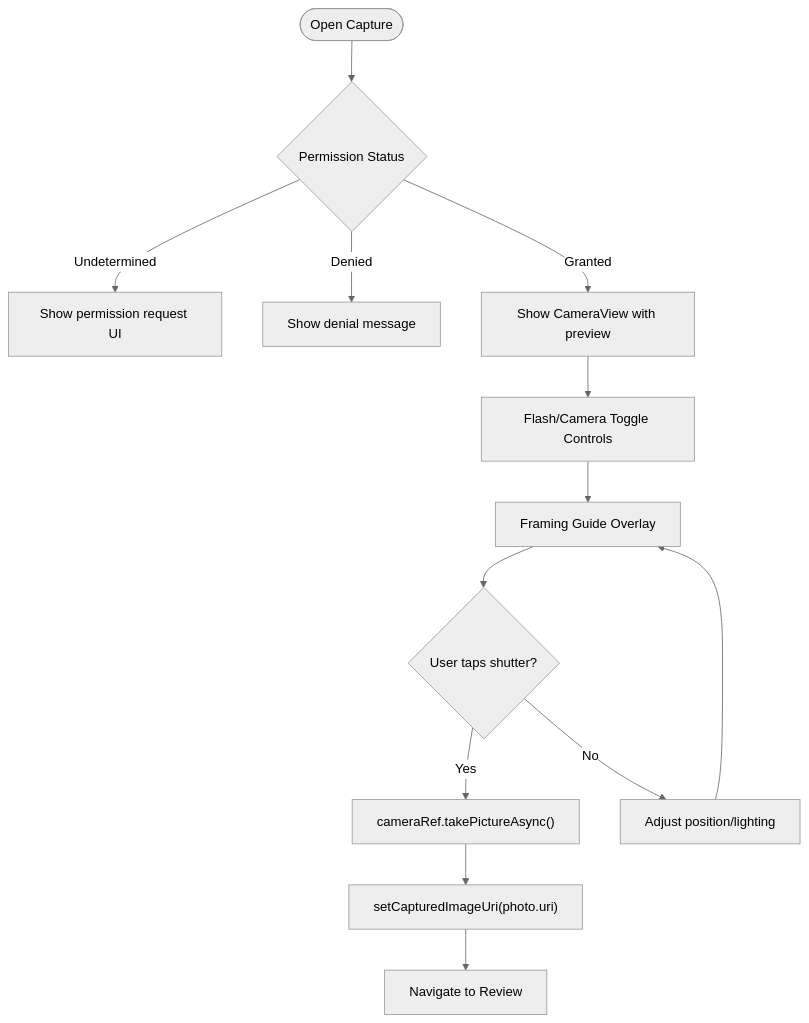
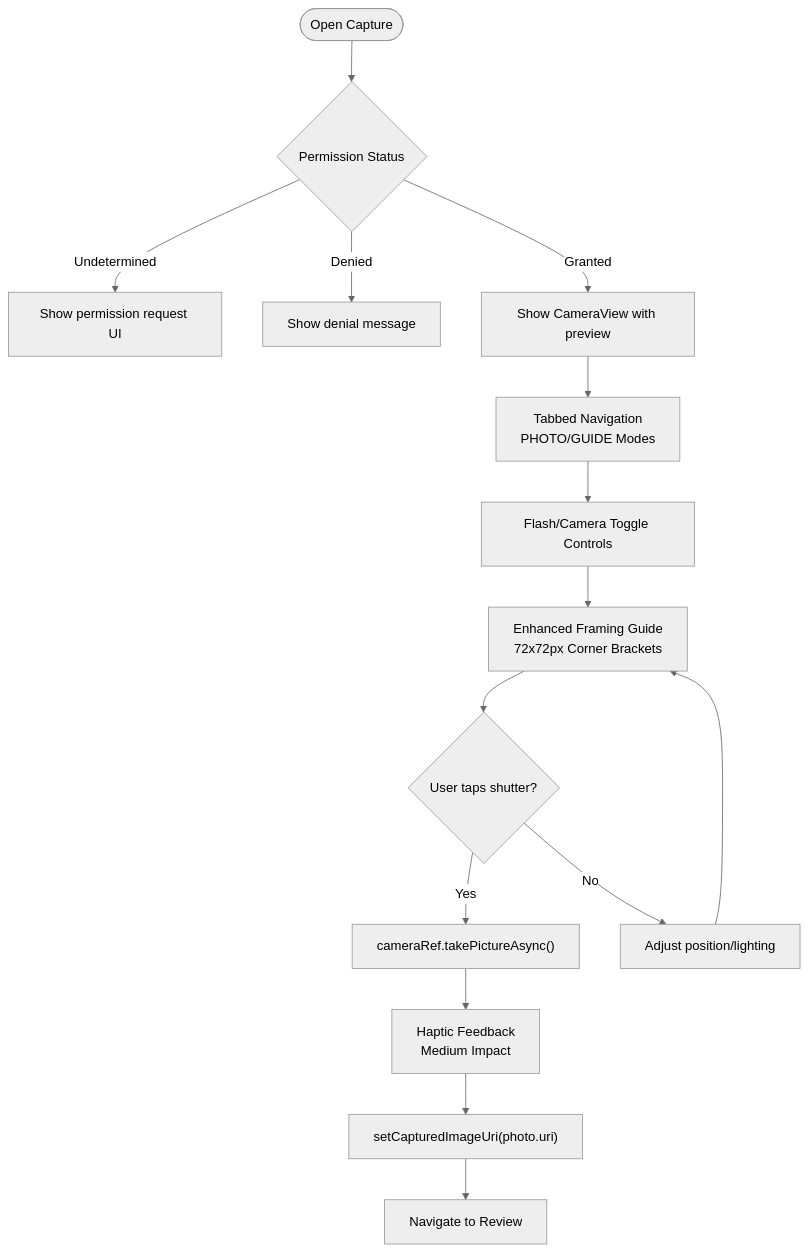
Before and after one commit to AdeelTahir-SE/DermSight: the fourth of 9 diagrams in .qoder/repowiki/en/content/Camera Integration.md, drawn with Mermaid (neutral theme). The commit also changed other lines of this file and 23 other files, not shown here.

First line of the commit message:
feat(camera): enhance capture screen with tabbed navigation and haptic feedback

````diff
--- a/.qoder/repowiki/en/content/Camera Integration.md
+++ b/.qoder/repowiki/en/content/Camera Integration.md
@@ -191,15 +201,17 @@
 ```mermaid
 flowchart TD
 Enter(["Open Capture"]) --> CheckPerm{"Permission Status"}
 CheckPerm --> |Undetermined| ShowRequest["Show permission request UI"]
 CheckPerm --> |Denied| ShowError["Show denial message"]
 CheckPerm --> |Granted| ShowCamera["Show CameraView with preview"]
-ShowCamera --> Controls["Flash/Camera Toggle Controls"]
-Controls --> Guide["Framing Guide Overlay"]
+ShowCamera --> Tabs["Tabbed Navigation<br/>PHOTO/GUIDE Modes"]
+Tabs --> Controls["Flash/Camera Toggle Controls"]
+Controls --> Guide["Enhanced Framing Guide<br/>72x72px Corner Brackets"]
 Guide --> UserAction{"User taps shutter?"}
 UserAction --> |Yes| Capture["cameraRef.takePictureAsync()"]
-Capture --> StoreURI["setCapturedImageUri(photo.uri)"]
+Capture --> Haptic["Haptic Feedback<br/>Medium Impact"]
+Haptic --> StoreURI["setCapturedImageUri(photo.uri)"]
 StoreURI --> Navigate["Navigate to Review"]
 UserAction --> |No| Adjust["Adjust position/lighting"]
 Adjust --> Guide
 ```
````
